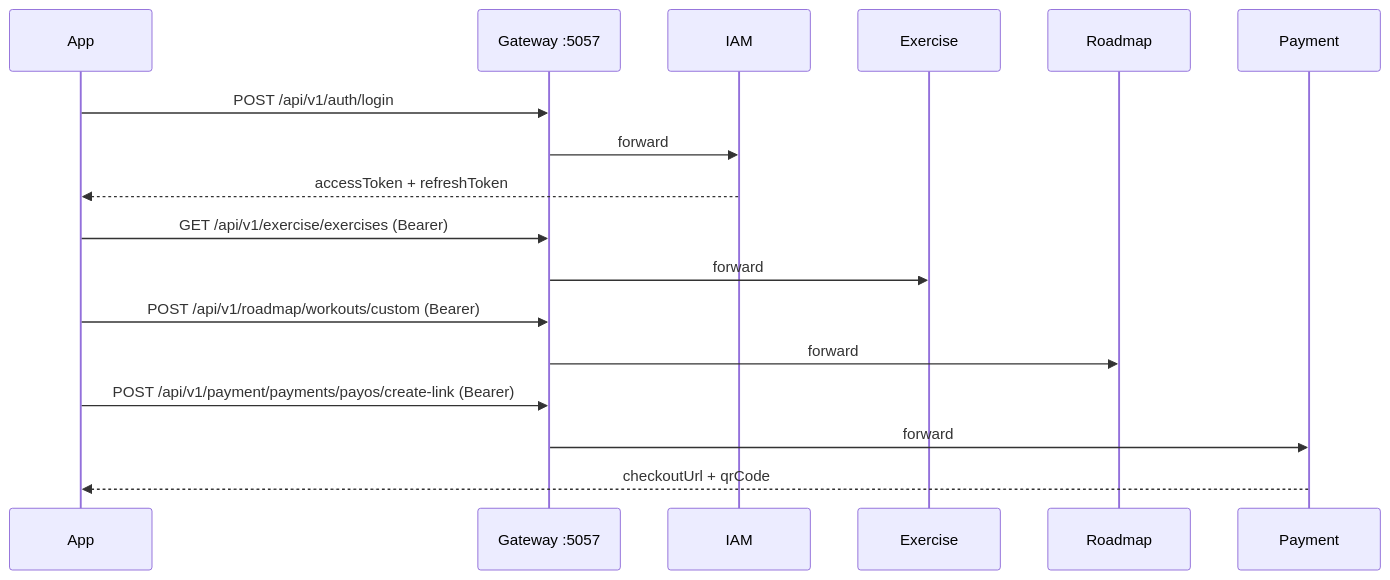
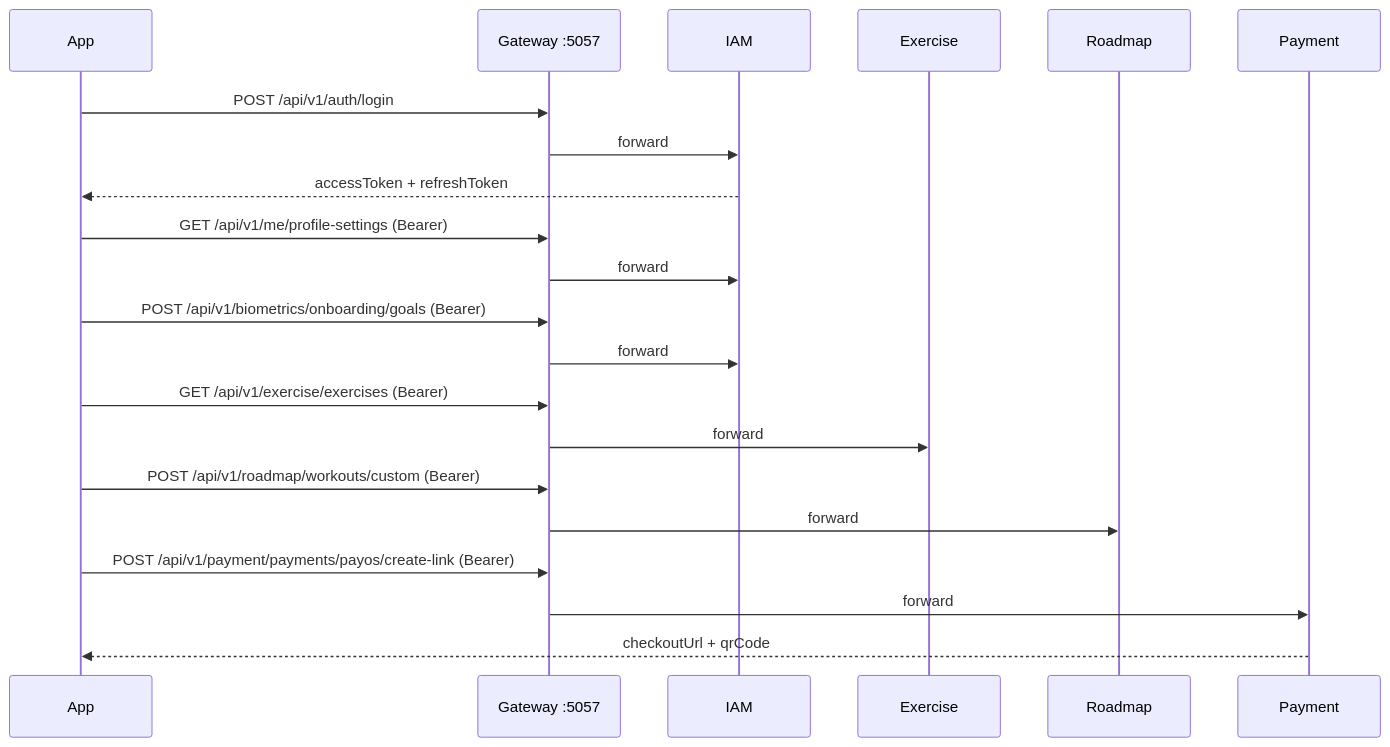
Before and after one commit to devcldkai229/S.Y.N.C: the diagram in core/SyncPlatform/src/Documents/APIs/api.md, drawn with Mermaid. The commit also changed other lines of this file and 77 other files, not shown here.

````diff
--- a/core/SyncPlatform/src/Documents/APIs/api.md
+++ b/core/SyncPlatform/src/Documents/APIs/api.md
@@ -1111,23 +1388,29 @@
 ```mermaid
 sequenceDiagram
     participant App
     participant GW as Gateway :5057
     participant IAM
     participant EX as Exercise
     participant RM as Roadmap
     participant PAY as Payment
 
     App->>GW: POST /api/v1/auth/login
     GW->>IAM: forward
     IAM-->>App: accessToken + refreshToken
 
+    App->>GW: GET /api/v1/me/profile-settings (Bearer)
+    GW->>IAM: forward
+
+    App->>GW: POST /api/v1/biometrics/onboarding/goals (Bearer)
+    GW->>IAM: forward
+
     App->>GW: GET /api/v1/exercise/exercises (Bearer)
     GW->>EX: forward
 
     App->>GW: POST /api/v1/roadmap/workouts/custom (Bearer)
     GW->>RM: forward
 
     App->>GW: POST /api/v1/payment/payments/payos/create-link (Bearer)
     GW->>PAY: forward
     PAY-->>App: checkoutUrl + qrCode
 ```
````
